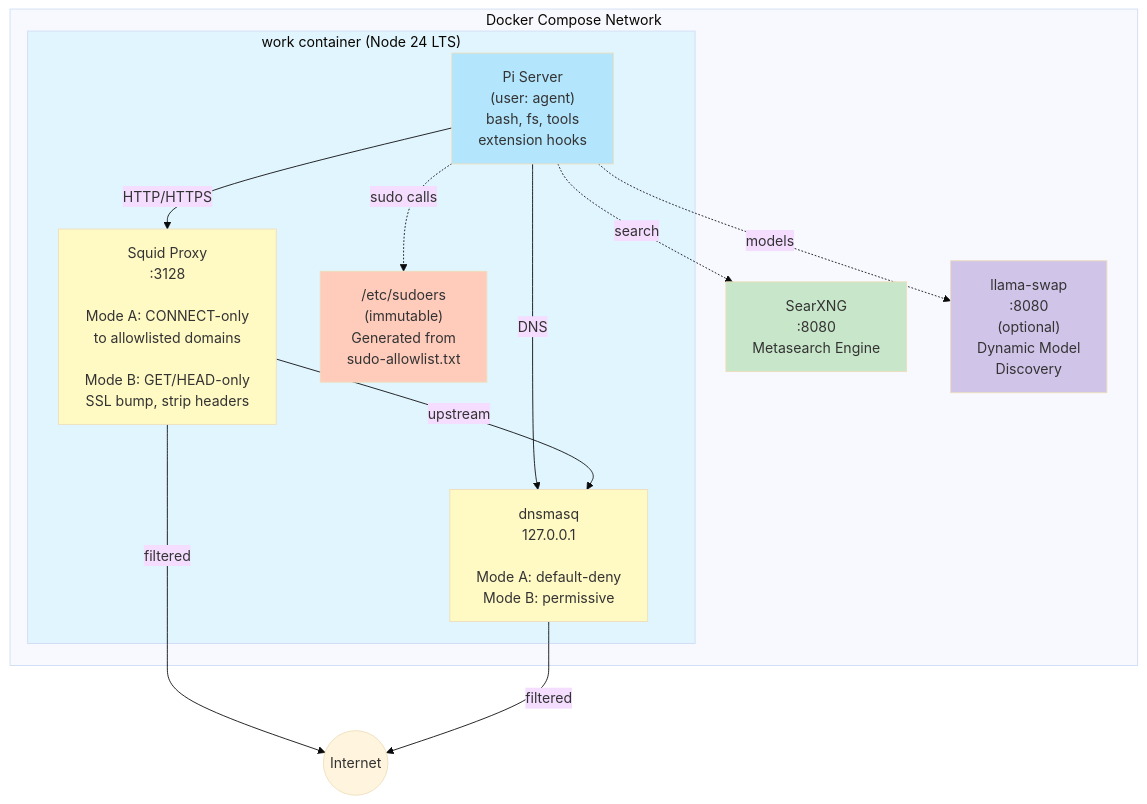
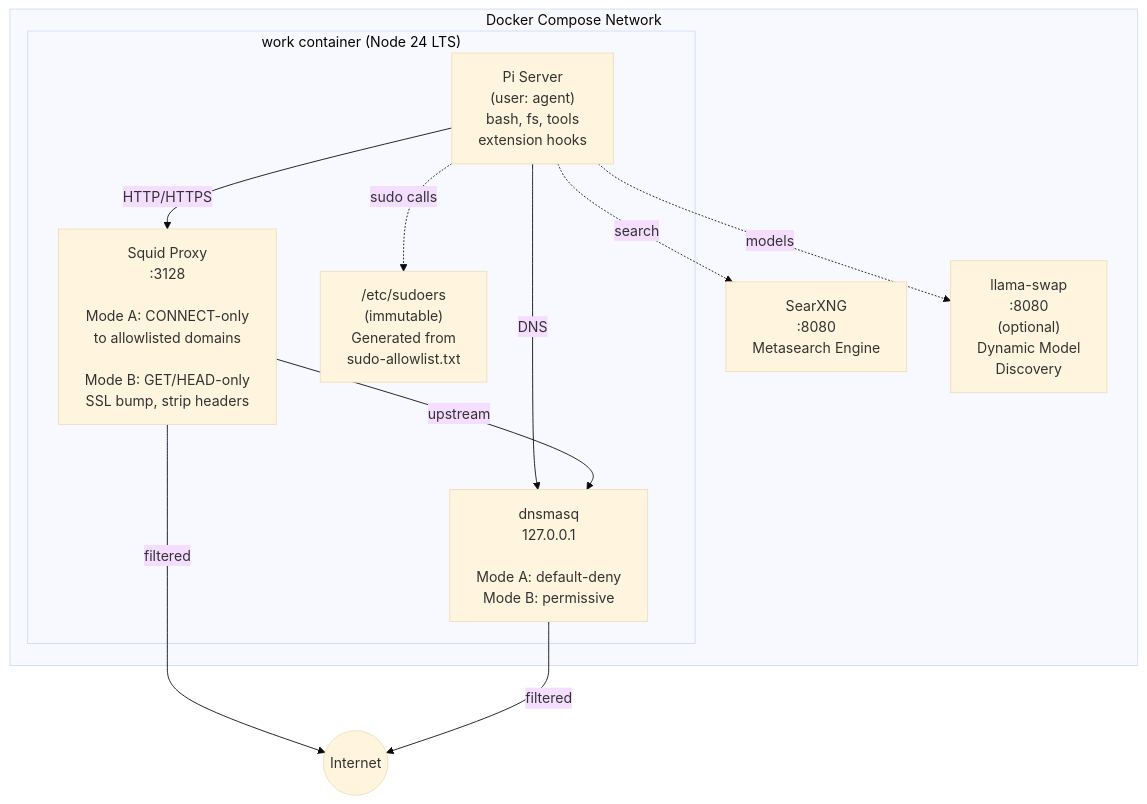
One commit to acon96/work changed the diagram in README.md. Above: the diagram before and after it, drawn with Mermaid (base theme).

Commit message:
fix readme styling

````diff
--- a/README.md
+++ b/README.md
@@ -9,33 +9,25 @@
 ```mermaid
 graph TB
     subgraph docker["Docker Compose Network"]
         subgraph work["work container (Node 24 LTS)"]
             pi["Pi Server<br/>(user: agent)<br/>bash, fs, tools<br/>extension hooks"]
             squid["Squid Proxy<br/>:3128<br/><br/>Mode A: CONNECT-only<br/>to allowlisted domains<br/><br/>Mode B: GET/HEAD-only<br/>SSL bump, strip headers"]
             dnsmasq["dnsmasq<br/>127.0.0.1<br/><br/>Mode A: default-deny<br/>Mode B: permissive"]
             sudoers["/etc/sudoers<br/>(immutable)<br/>Generated from<br/>sudo-allowlist.txt"]
             
             pi -->|HTTP/HTTPS| squid
             pi -->|DNS| dnsmasq
             pi -.->|sudo calls| sudoers
             squid -->|upstream| dnsmasq
         end
         
         searxng["SearXNG<br/>:8080<br/>Metasearch Engine"]
         llama["llama-swap<br/>:8080<br/>(optional)<br/>Dynamic Model<br/>Discovery"]
         
         pi -.->|search| searxng
         pi -.->|models| llama
     end
     
     squid -->|filtered| internet((Internet))
     dnsmasq -->|filtered| internet
-    
-    style work fill:#e1f5ff
-    style pi fill:#b3e5fc
-    style squid fill:#fff9c4
-    style dnsmasq fill:#fff9c4
-    style sudoers fill:#ffccbc
-    style searxng fill:#c8e6c9
-    style llama fill:#d1c4e9
 ```
````
